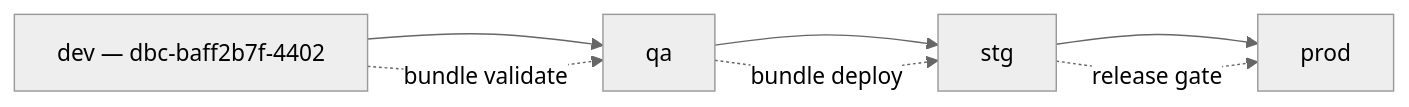
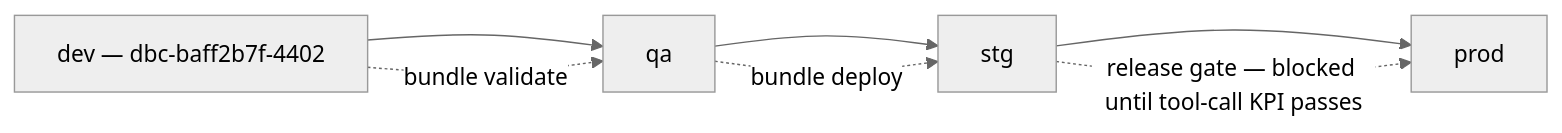
One commit to wchen-dea/Governed-Multi-Agent-Intelligence-on-Databricks changed the first of 3 diagrams in docs/architecture/design-artifacts/05-deployment-high-level.md. Above: the diagram before and after it, drawn with Mermaid (neutral theme). The commit also changed other lines of this file and 33 other files, not shown here.

````diff
--- a/docs/architecture/design-artifacts/05-deployment-high-level.md
+++ b/docs/architecture/design-artifacts/05-deployment-high-level.md
@@ -7,10 +7,10 @@
 ```mermaid
 flowchart LR
     Dev[dev — dbc-baff2b7f-4402] --> QA[qa]
     QA --> STG[stg]
     STG --> PRD[prod]
 
     Dev -. bundle validate .-> QA
     QA -. bundle deploy .-> STG
-    STG -. release gate .-> PRD
+    STG -. release gate — blocked until tool-call KPI passes .-> PRD
 ```
````
